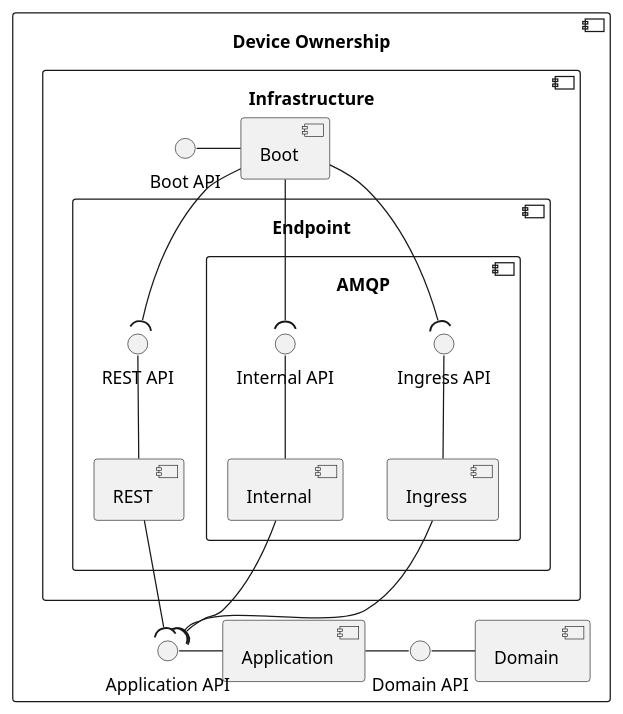
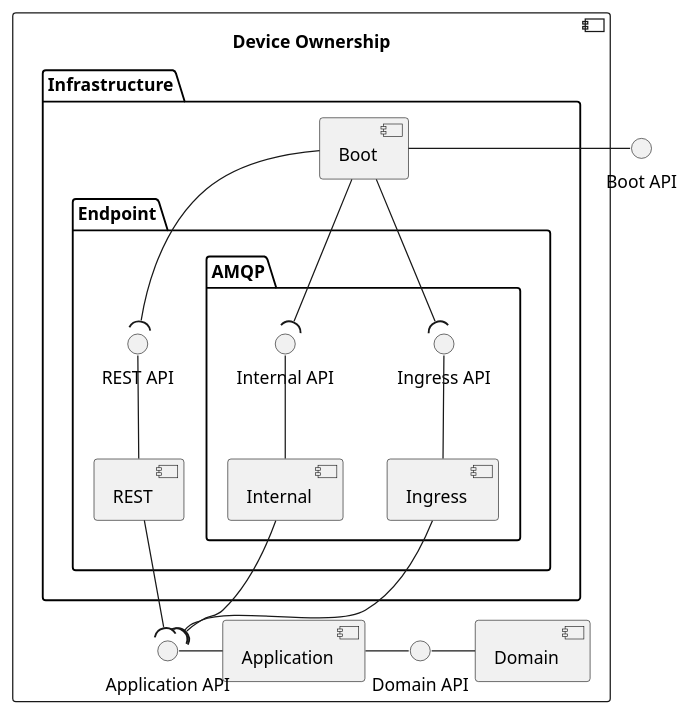
One commit to FilipeMCruz/dissertation changed the diagram in assets/diagrams/design/architectural/level3/logical/device-commander.pu. Above: the diagram before and after it, drawn with PlantUML. The commit also changed 296 other files, not shown here.

```diff
--- a/assets/diagrams/design/architectural/level3/logical/device-commander.pu
+++ b/assets/diagrams/design/architectural/level3/logical/device-commander.pu
@@ -1,41 +1,42 @@
 @startuml device-commander
+
+interface "Boot API" as BOOT_API
 
 component "Device Ownership" {
     component "Domain" as DOM
     component "Application" as APP
-    component "Infrastructure" as INFRA {
+    folder "Infrastructure" as INFRA {
         component "Boot" as BOOT
-        component "Endpoint" as ENDPOINT {
-            component "AMQP" as AMQP {
+        folder "Endpoint" as ENDPOINT {
+            folder "AMQP" as AMQP {
                 component "Ingress" as INGRESS
                 component "Internal" as INTERNAL
                 interface "Ingress API" as INGRESS_API
                 interface "Internal API" as INTERNAL_API
             }
-            component "REST" as REST 
+            component "REST" as REST
             interface "REST API" as REST_API
         }
-        interface "Boot API" as BOOT_API
     }
 
     interface "Domain API" as DOM_API
     interface "Application API" as APP_API
 
     DOM_API - DOM
     APP_API - APP
     REST_API -- REST
 
     INGRESS_API -- INGRESS
     INTERNAL_API -- INTERNAL
 
     BOOT_API - BOOT
     APP - DOM_API
     INGRESS --( APP_API
     INTERNAL --( APP_API
     REST --( APP_API
     BOOT --( INTERNAL_API
     BOOT --( INGRESS_API
     BOOT --( REST_API
 }
 
 @enduml
```
